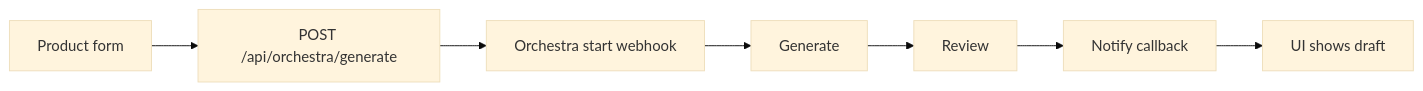
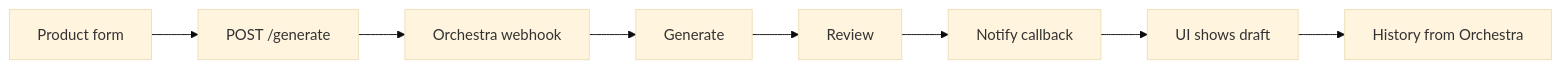
One commit to barbimt/ai-product-content-studio changed the diagram in README.md. Above: the diagram before and after it, drawn with Mermaid (base theme). The commit also changed other lines of this file, not shown here.

Commit message:
Refresh README for the current generate, history, and deploy flow.

````diff
--- a/README.md
+++ b/README.md
@@ -8,9 +19,10 @@
 ```mermaid
 flowchart LR
-    A[Product form] --> B[POST /api/orchestra/generate]
-    B --> C[Orchestra start webhook]
+    A[Product form] --> B[POST /generate]
+    B --> C[Orchestra webhook]
     C --> D[Generate]
     D --> E[Review]
     E --> F[Notify callback]
     F --> G[UI shows draft]
+    G --> H[History from Orchestra]
 ```
````
